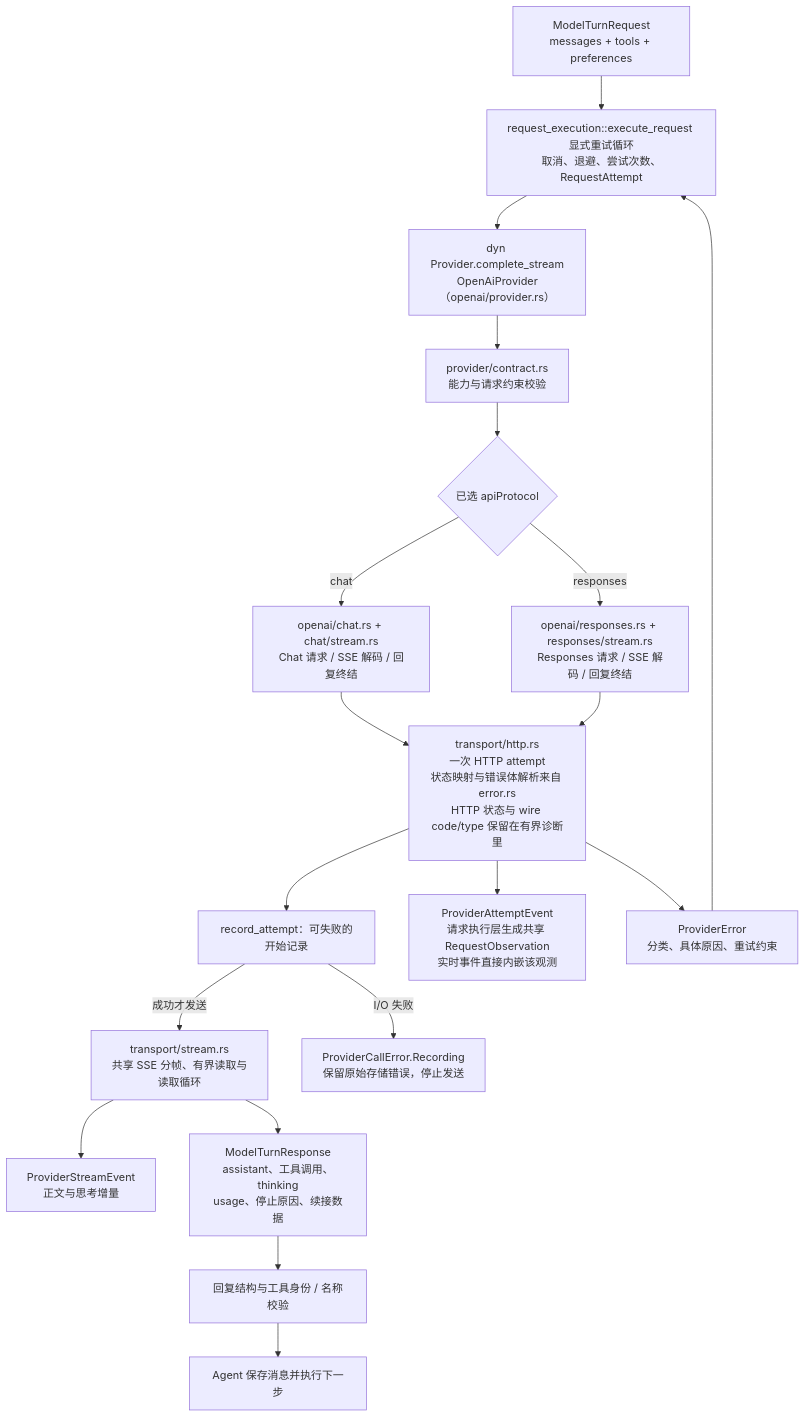
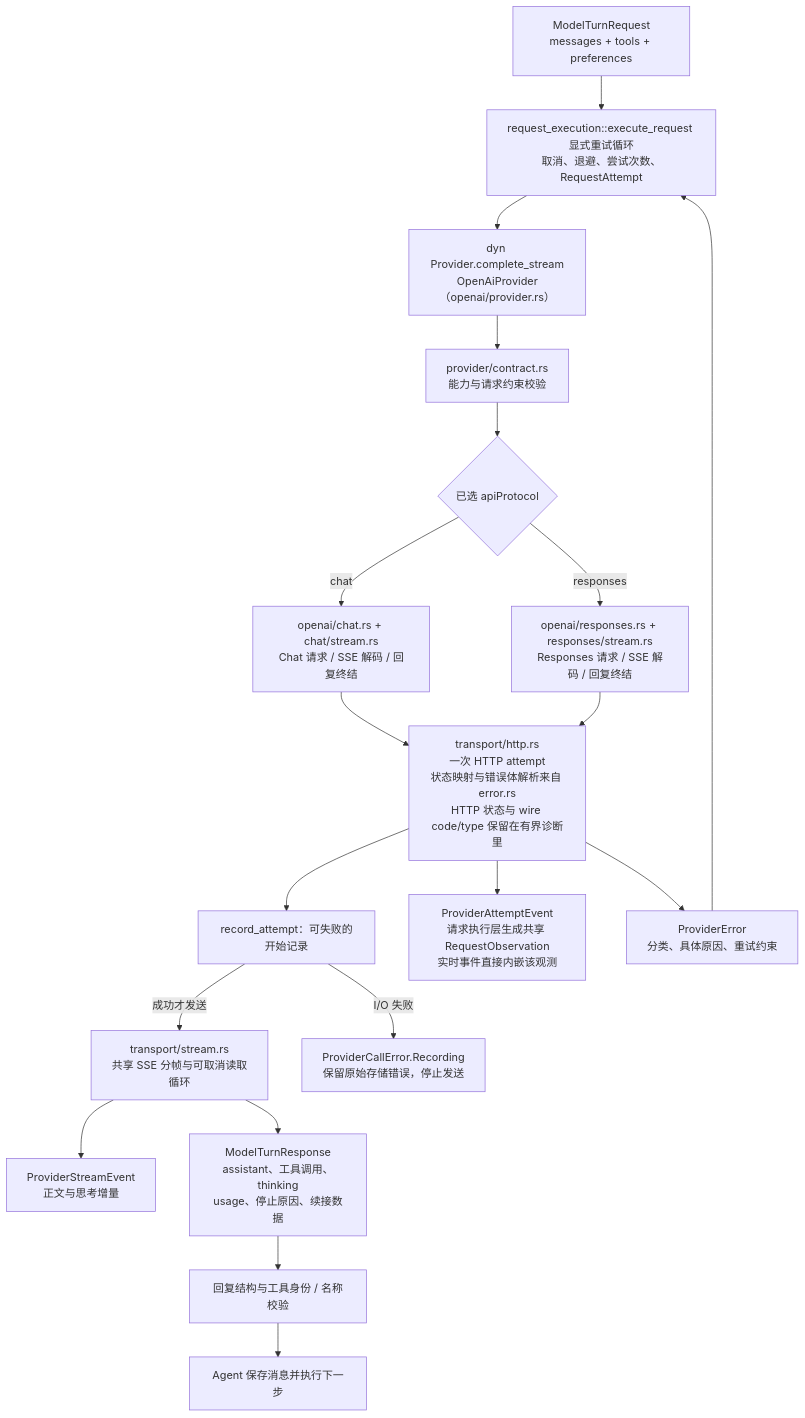
Diagram 19 of 29 in docs/architecture.md (qjcnmd/singularity-agent), drawn with Mermaid before and after one commit. The commit also changed other lines of this file and 15 other files, not shown here.

````diff
--- a/docs/architecture.md
+++ b/docs/architecture.md
@@ -548,21 +548,21 @@
 ```mermaid
 flowchart TB
     Request["ModelTurnRequest<br/>messages + tools + preferences"] --> Retry["request_execution::execute_request 显式重试循环<br/>取消、退避、尝试次数、RequestAttempt"]
     Retry --> Provider["dyn Provider.complete_stream<br/>OpenAiProvider（openai/provider.rs）"]
     Provider --> Validate["provider/contract.rs<br/>能力与请求约束校验"]
     Validate --> Protocol{"已选 apiProtocol"}
     Protocol -->|"chat"| Chat["openai/chat.rs + chat/stream.rs<br/>Chat 请求 / SSE 解码 / 回复终结"]
     Protocol -->|"responses"| Responses["openai/responses.rs + responses/stream.rs<br/>Responses 请求 / SSE 解码 / 回复终结"]
     Chat --> Transport["transport/http.rs<br/>一次 HTTP attempt<br/>状态映射与错误体解析来自 error.rs<br/>HTTP 状态与 wire code/type 保留在有界诊断里"]
     Responses --> Transport
     Transport --> Record["record_attempt：可失败的开始记录"]
-    Record -->|"成功才发送"| SSE["transport/stream.rs<br/>共享 SSE 分帧、有界读取与读取循环"]
+    Record -->|"成功才发送"| SSE["transport/stream.rs<br/>共享 SSE 分帧与可取消读取循环"]
     SSE --> Deltas["ProviderStreamEvent<br/>正文与思考增量"]
     Record -->|"I/O 失败"| StorageError["ProviderCallError.Recording<br/>保留原始存储错误，停止发送"]
     Transport --> Attempts["ProviderAttemptEvent<br/>请求执行层生成共享 RequestObservation<br/>实时事件直接内嵌该观测"]
     SSE --> Reply["ModelTurnResponse<br/>assistant、工具调用、thinking<br/>usage、停止原因、续接数据"]
     Reply --> Check["回复结构与工具身份 / 名称校验"]
     Check --> Agent["Agent 保存消息并执行下一步"]
     Transport --> Error["ProviderError<br/>分类、具体原因、重试约束"]
     Error --> Retry
 ```
````
